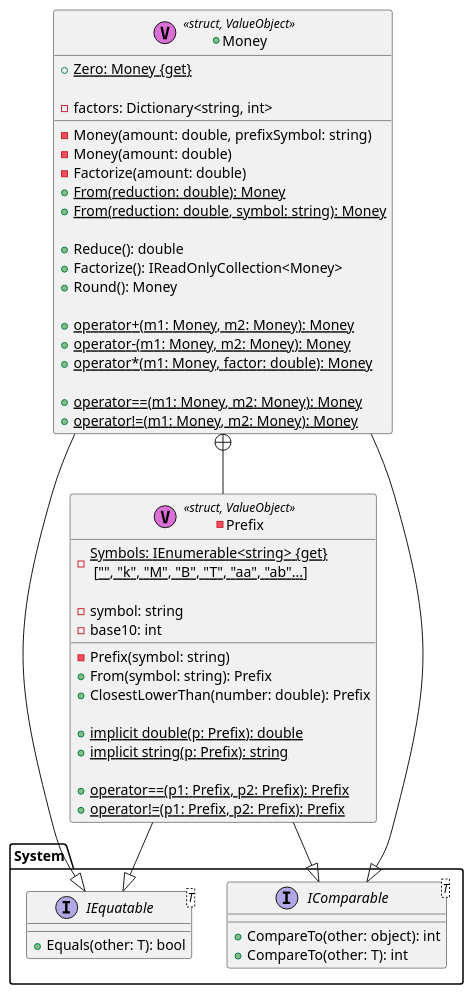
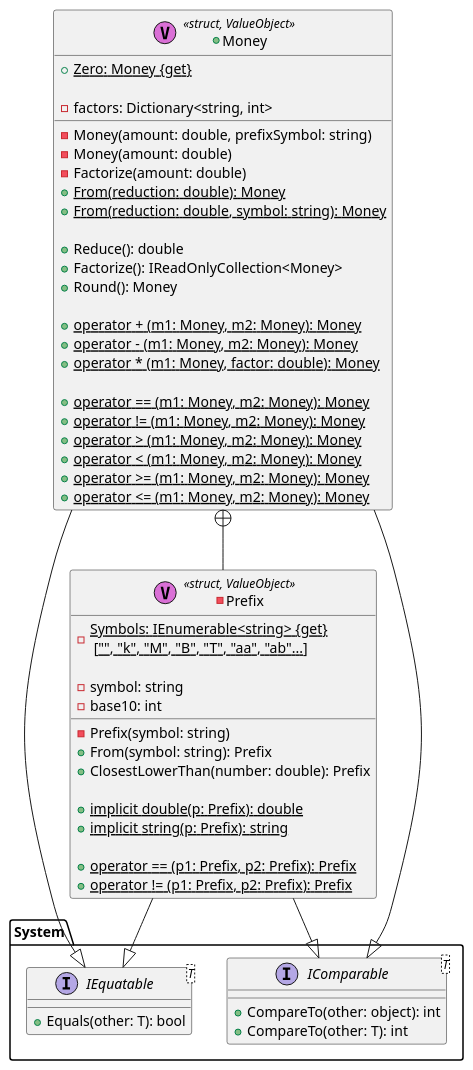
One commit to RicardoGuzmanVelasco/Kalendra.Idle changed the diagram in Documentation/MoneyClasses.puml. Above: the diagram before and after it, drawn with PlantUML.

Commit message:
PlantUML Documentation

```diff
--- a/Documentation/MoneyClasses.puml
+++ b/Documentation/MoneyClasses.puml
@@ -1,65 +1,69 @@
 @startuml
 
 package System
 {
     interface IEquatable<T>
     {
         +Equals(other: T): bool
     }
     interface IComparable
     {
         +CompareTo(other: object): int
     }
     interface IComparable<T>
     {
         +CompareTo(other: T): int
     }
 }
 
 -class Prefix <<(V,orchid) struct, ValueObject>>
 {
     -{static} Symbols: IEnumerable<string> {get} \n ["", "k", "M", "B", "T", "aa", "ab"...]
 
     -symbol: string
     -base10: int
     
     -Prefix(symbol: string)
     +From(symbol: string): Prefix
     +ClosestLowerThan(number: double): Prefix
     
     +{static} implicit double(p: Prefix): double
     +{static} implicit string(p: Prefix): string
     
-    +{static}operator==(p1: Prefix, p2: Prefix): Prefix
-    +{static}operator!=(p1: Prefix, p2: Prefix): Prefix
+    +{static}operator == (p1: Prefix, p2: Prefix): Prefix
+    +{static}operator != (p1: Prefix, p2: Prefix): Prefix
 }
 Prefix --|> IEquatable
 Prefix --|> IComparable
 
 +class Money <<(V,orchid) struct, ValueObject>>
 {
     +{static} Zero: Money {get}
     
     -factors: Dictionary<string, int>
     
     -Money(amount: double, prefixSymbol: string)
     -Money(amount: double)
     -Factorize(amount: double)   
     +{static} From(reduction: double): Money
     +{static} From(reduction: double, symbol: string): Money
     
     +Reduce(): double
     +Factorize(): IReadOnlyCollection<Money>
     +Round(): Money
     
-    +{static}operator+(m1: Money, m2: Money): Money
-    +{static}operator-(m1: Money, m2: Money): Money
-    +{static}operator*(m1: Money, factor: double): Money
-    
-    +{static}operator==(m1: Money, m2: Money): Money
-    +{static}operator!=(m1: Money, m2: Money): Money
+    +{static}operator + (m1: Money, m2: Money): Money
+    +{static}operator - (m1: Money, m2: Money): Money
+    +{static}operator * (m1: Money, factor: double): Money
+
+    +{static}operator == (m1: Money, m2: Money): Money
+    +{static}operator != (m1: Money, m2: Money): Money
+    +{static}operator > (m1: Money, m2: Money): Money
+    +{static}operator < (m1: Money, m2: Money): Money
+    +{static}operator >= (m1: Money, m2: Money): Money
+    +{static}operator <= (m1: Money, m2: Money): Money
 }
 Money --|> IEquatable
 Money --|> IComparable
 Money +-- Prefix
 @enduml
```
